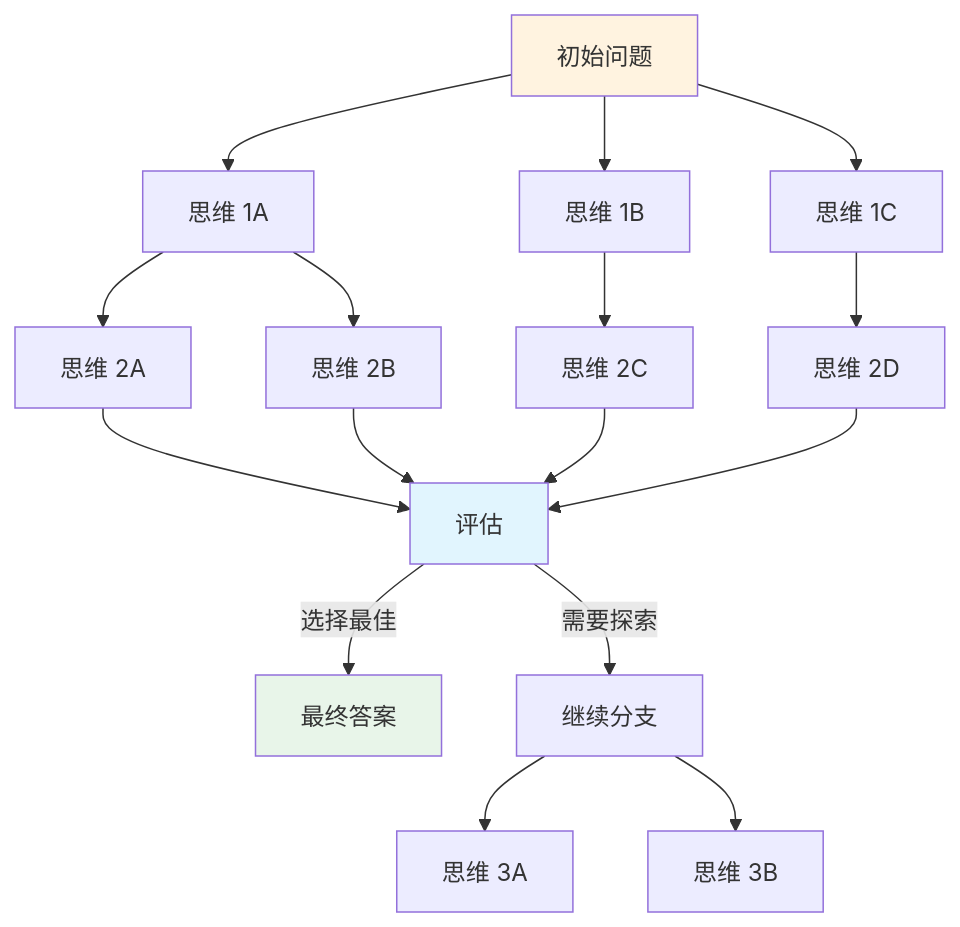
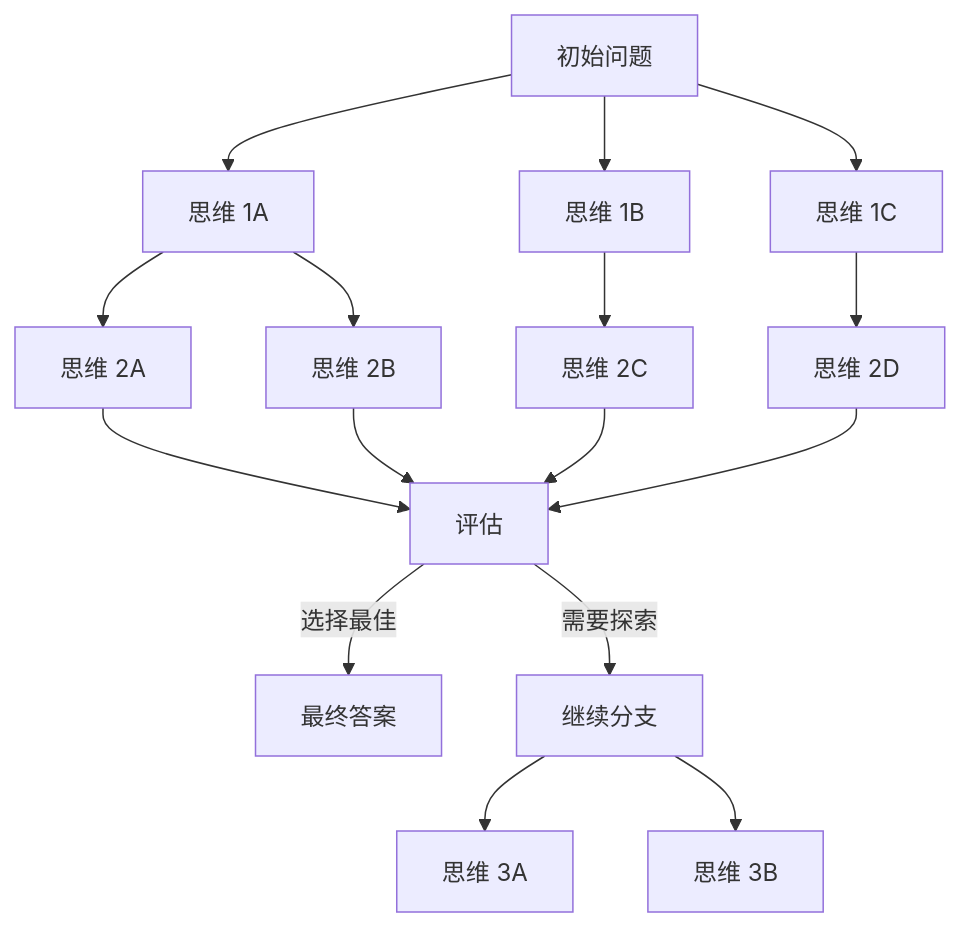
One commit to yuexiaoliang/prompt-engineering-learning changed the third of 8 diagrams in 03-reasoning-zh.md. Above: the diagram before and after it, drawn with Mermaid. The commit also changed other lines of this file, not shown here.

Commit message:
fix: remove hardcoded fill colors from Mermaid charts for light/dark theme auto-adaptation

````diff
--- a/03-reasoning-zh.md
+++ b/03-reasoning-zh.md
@@ -281,25 +274,22 @@
 ```mermaid
 graph TD
     A[初始问题] --> B[思维 1A]
     A --> C[思维 1B]
     A --> D[思维 1C]
 
     B --> E[思维 2A]
     B --> F[思维 2B]
     C --> G[思维 2C]
     D --> H[思维 2D]
 
     E --> I[评估]
     F --> I
     G --> I
     H --> I
 
     I -->|选择最佳| J[最终答案]
     I -->|需要探索| K[继续分支]
     K --> L[思维 3A]
     K --> M[思维 3B]
 
-    style A fill:#fff3e0
-    style I fill:#e1f5fe
-    style J fill:#e8f5e9
 ```
````
